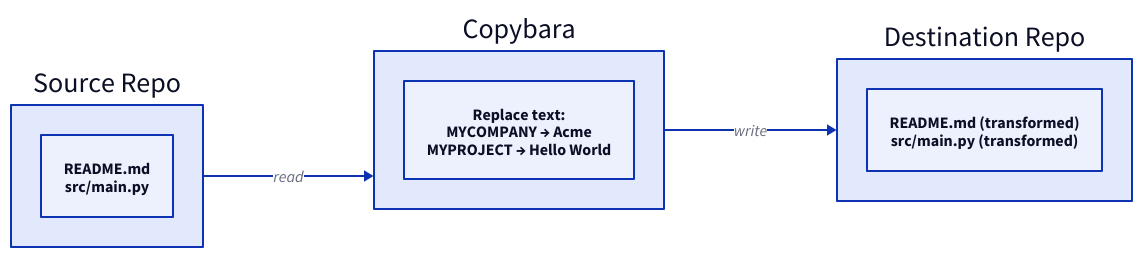
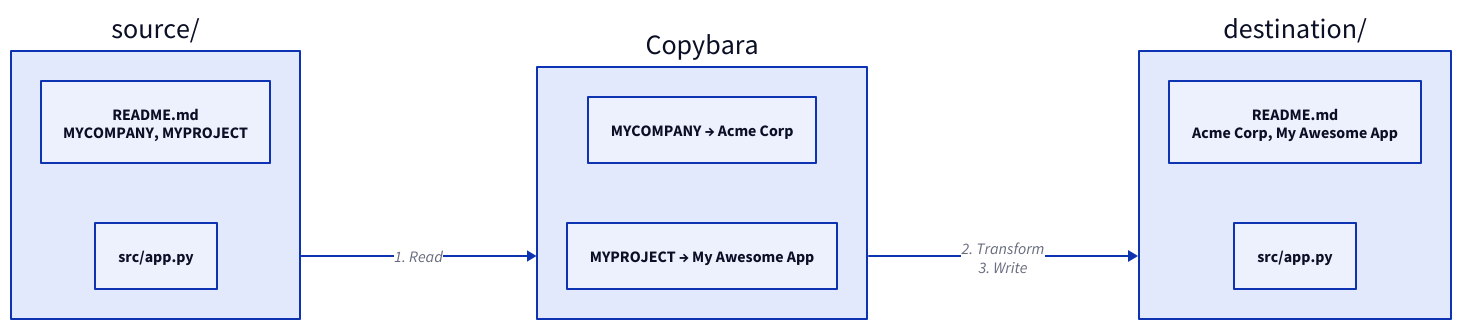
One commit to albertocavalcante/copybara-docs changed the diagram in src/content/docs/guides/hello-world.mdx. Above: the diagram before and after it, drawn with D2. The commit also changed other lines of this file and 1 other file, not shown here.

First line of the commit message:
docs: improve Hello World guide for beginners

````diff
--- a/src/content/docs/guides/hello-world.mdx
+++ b/src/content/docs/guides/hello-world.mdx
@@ -215,18 +269,24 @@
 ```d2
 direction: right
 
-source: Source Repo {
-  files: "README.md\nsrc/main.py"
+source: Source Folder {
+  label: "source/"
+  readme: "README.md\nMYCOMPANY, MYPROJECT"
+  app: "src/app.py"
 }
 
 copybara: Copybara {
-  transform: "Replace text:\nMYCOMPANY → Acme\nMYPROJECT → Hello World"
+  label: "Copybara"
+  t1: "MYCOMPANY → Acme Corp"
+  t2: "MYPROJECT → My Awesome App"
 }
 
-dest: Destination Repo {
-  files: "README.md (transformed)\nsrc/main.py (transformed)"
+dest: Destination Folder {
+  label: "destination/"
+  readme: "README.md\nAcme Corp, My Awesome App"
+  app: "src/app.py"
 }
 
-source -> copybara: read
-copybara -> dest: write
+source -> copybara: "1. Read"
+copybara -> dest: "2. Transform\n3. Write"
 ```
````
